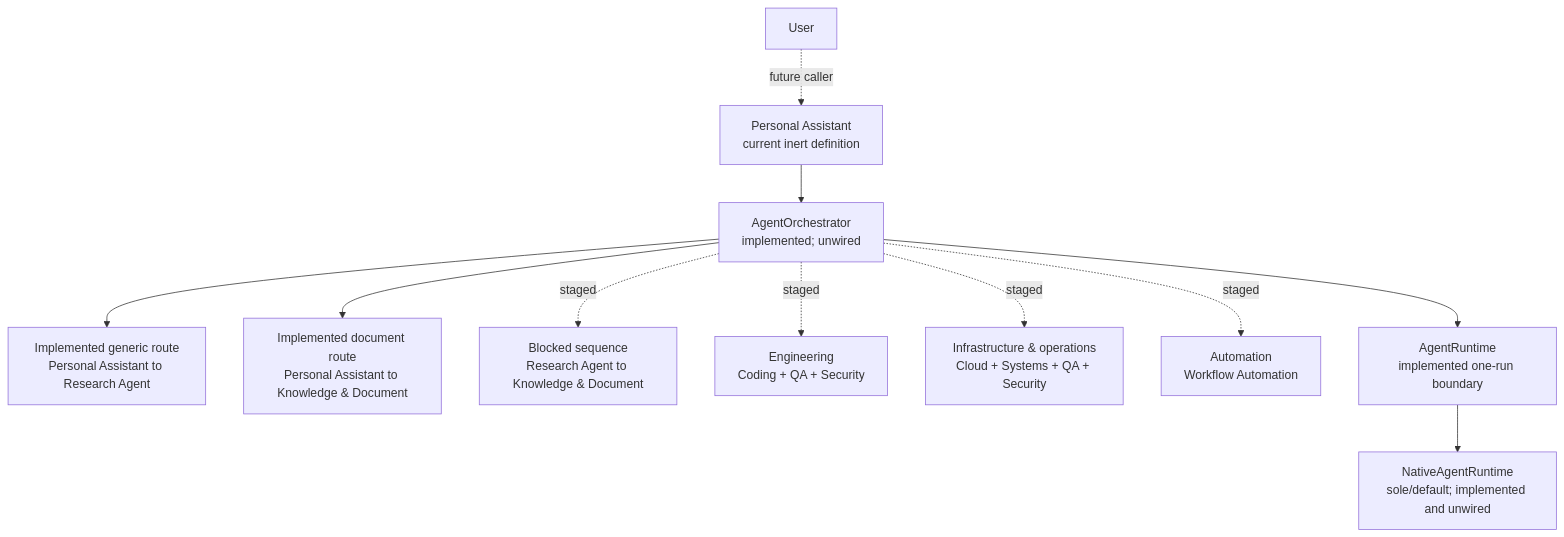
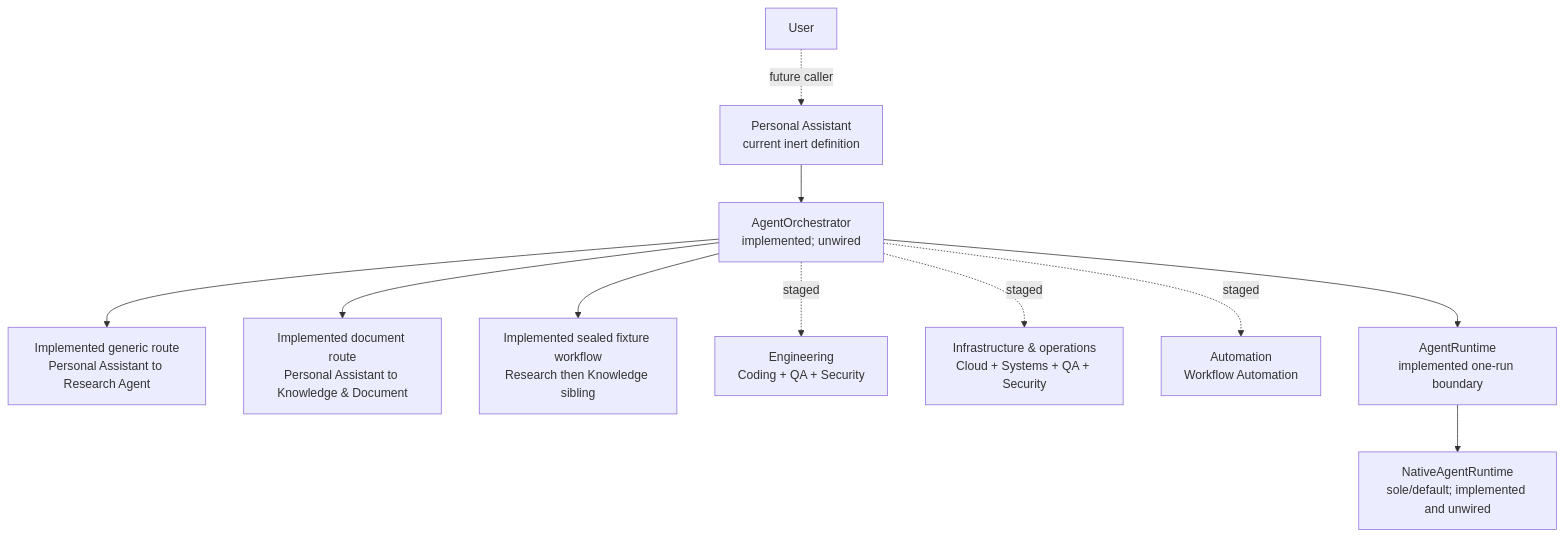
Before and after one commit to SillyRbbit/ai-agent-assistant: the fourth of 5 diagrams in ARCHITECTURE.md, drawn with Mermaid. The commit also changed other lines of this file and 26 other files, not shown here.

Commit message:
feat(agent): add fixture research knowledge workflow

````diff
--- a/ARCHITECTURE.md
+++ b/ARCHITECTURE.md
@@ -199,13 +199,13 @@
 ```mermaid
 flowchart TD
     User["User"] -. "future caller" .-> Personal["Personal Assistant<br/>current inert definition"]
     Personal --> Orchestrator["AgentOrchestrator<br/>implemented; unwired"]
     Orchestrator --> Research["Implemented generic route<br/>Personal Assistant to Research Agent"]
     Orchestrator --> Knowledge["Implemented document route<br/>Personal Assistant to Knowledge & Document"]
-    Orchestrator -. staged .-> ResearchKnowledge["Blocked sequence<br/>Research Agent to Knowledge & Document"]
+    Orchestrator --> ResearchKnowledge["Implemented sealed fixture workflow<br/>Research then Knowledge sibling"]
     Orchestrator -. staged .-> Engineering["Engineering<br/>Coding + QA + Security"]
     Orchestrator -. staged .-> Operations["Infrastructure & operations<br/>Cloud + Systems + QA + Security"]
     Orchestrator -. staged .-> Automation["Automation<br/>Workflow Automation"]
     Orchestrator --> Runtime["AgentRuntime<br/>implemented one-run boundary"]
     Runtime --> Native["NativeAgentRuntime<br/>sole/default; implemented and unwired"]
 ```
````
